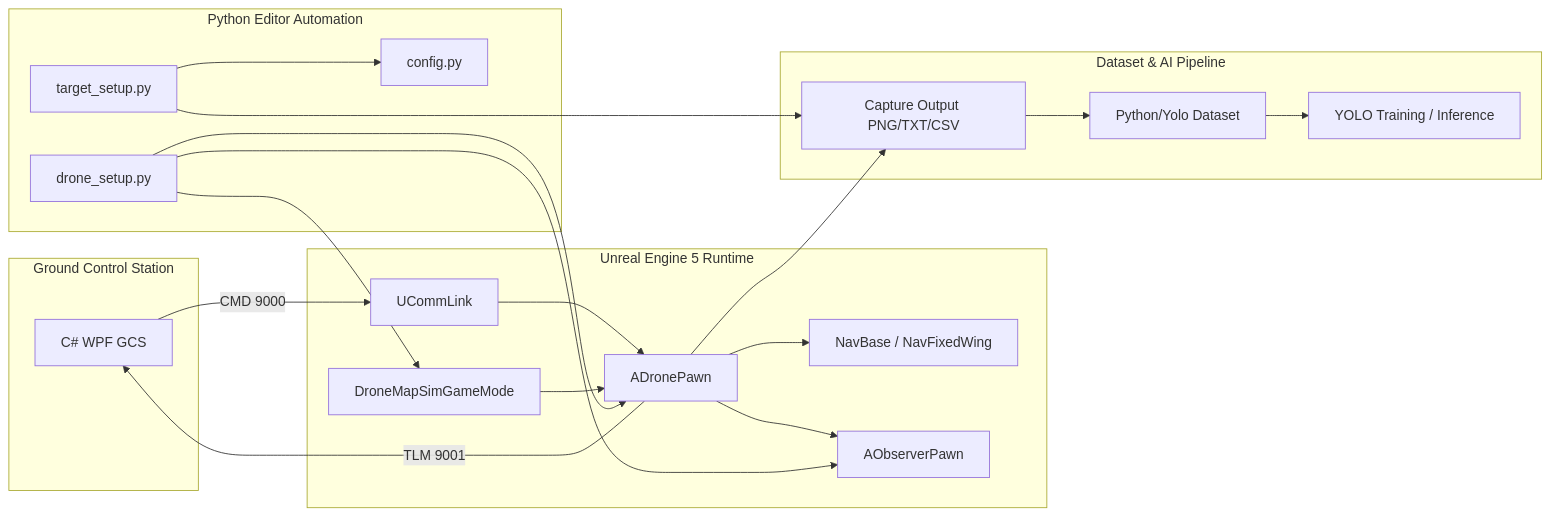
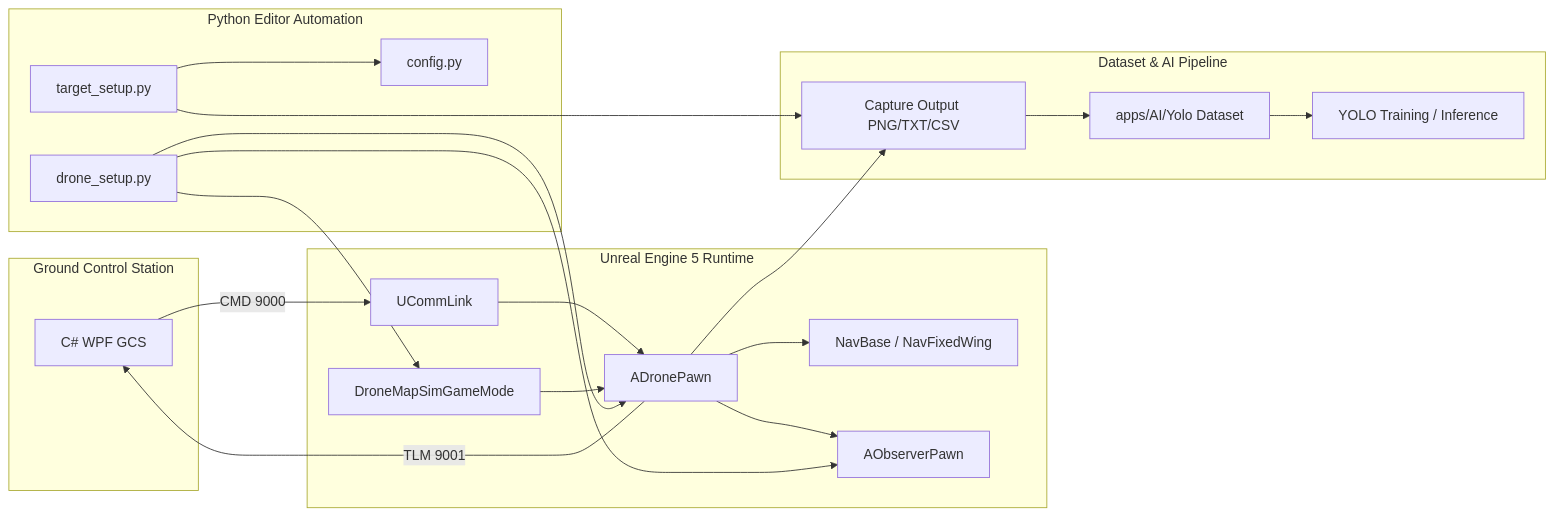
The first of 6 diagrams in Docs/DroneMapSimSDD.md (ytlee64/DroneMapSim-V2), drawn with Mermaid before and after one commit. The commit also changed other lines of this file and 1 other file, not shown here.

Commit message:
refactor: reorganize repo into apps/engine apps/GCS apps/AI

````diff
--- a/Docs/DroneMapSimSDD.md
+++ b/Docs/DroneMapSimSDD.md
@@ -33,39 +33,39 @@
 ```mermaid
 flowchart LR
   subgraph GCS[Ground Control Station]
     WPF[C# WPF GCS]
   end
 
   subgraph UE[Unreal Engine 5 Runtime]
     CL[UCommLink]
     DP[ADronePawn]
     NV[NavBase / NavFixedWing]
     OB[AObserverPawn]
     GM[DroneMapSimGameMode]
   end
 
   subgraph DATA[Dataset & AI Pipeline]
     CAP[Capture Output PNG/TXT/CSV]
-    WT[Python/Yolo Dataset]
+    WT[apps/AI/Yolo Dataset]
     YOLO[YOLO Training / Inference]
   end
 
   subgraph EDITOR[Python Editor Automation]
     DS[drone_setup.py]
     TS[target_setup.py]
     CFG[config.py]
   end
 
   WPF -->|CMD 9000| CL
   CL --> DP
   DP --> NV
   DP --> OB
   DP -->|TLM 9001| WPF
   DP --> CAP --> WT --> YOLO
   GM --> DP
   DS --> DP
   DS --> OB
   DS --> GM
   TS --> CFG
   TS --> CAP
 ```
````
